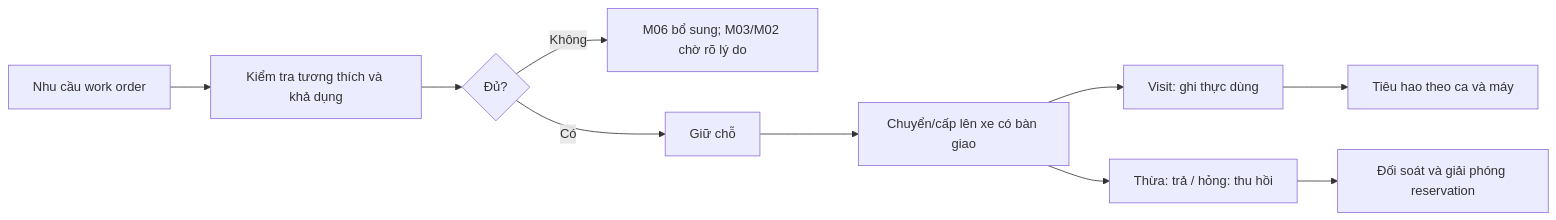
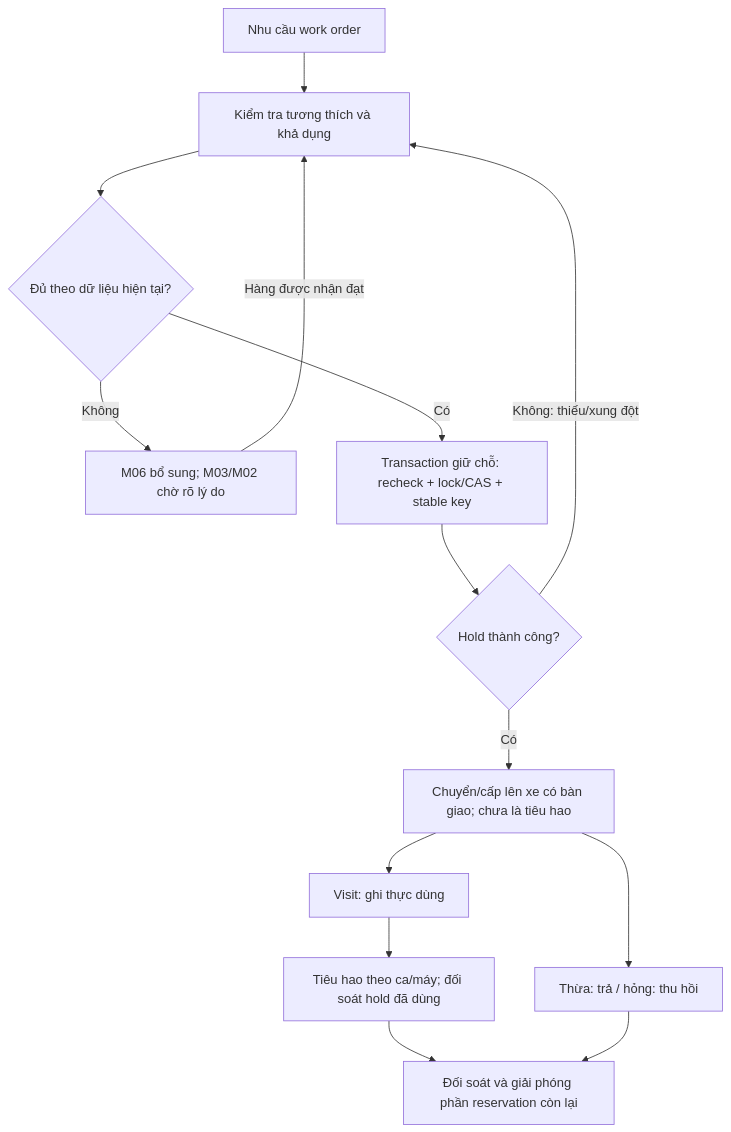
The diagram in docs/design/modules/m05_kho_va_vat_tu.md (Baronger23/ERP.SmartHelpDesk), drawn with Mermaid before and after one commit. The commit also changed 70 other files, not shown here.

````diff
--- a/docs/design/modules/m05_kho_va_vat_tu.md
+++ b/docs/design/modules/m05_kho_va_vat_tu.md
@@ -26,12 +26,16 @@
 ```mermaid
-flowchart LR
+flowchart TD
     A["Nhu cầu work order"] --> B["Kiểm tra tương thích và khả dụng"]
-    B --> C{"Đủ?"}
+    B --> C{"Đủ theo dữ liệu hiện tại?"}
     C -->|"Không"| D["M06 bổ sung; M03/M02 chờ rõ lý do"]
-    C -->|"Có"| E["Giữ chỗ"]
-    E --> F["Chuyển/cấp lên xe có bàn giao"]
+    C -->|"Có"| E["Transaction giữ chỗ: recheck + lock/CAS + stable key"]
+    E --> K{"Hold thành công?"}
+    K -->|"Không: thiếu/xung đột"| B
+    K -->|"Có"| F["Chuyển/cấp lên xe có bàn giao; chưa là tiêu hao"]
     F --> G["Visit: ghi thực dùng"]
-    G --> H["Tiêu hao theo ca và máy"]
+    G --> H["Tiêu hao theo ca/máy; đối soát hold đã dùng"]
     F --> I["Thừa: trả / hỏng: thu hồi"]
-    I --> J["Đối soát và giải phóng reservation"]
+    H --> J["Đối soát và giải phóng phần reservation còn lại"]
+    I --> J
+    D -->|"Hàng được nhận đạt"| B
 ```
````
